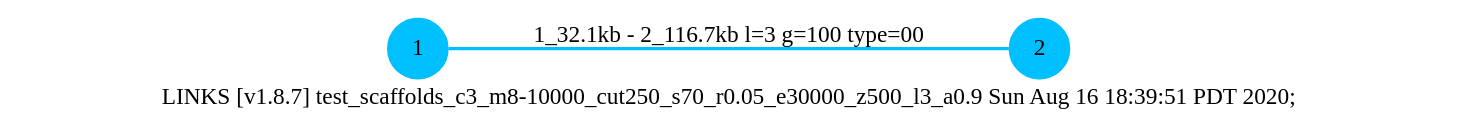
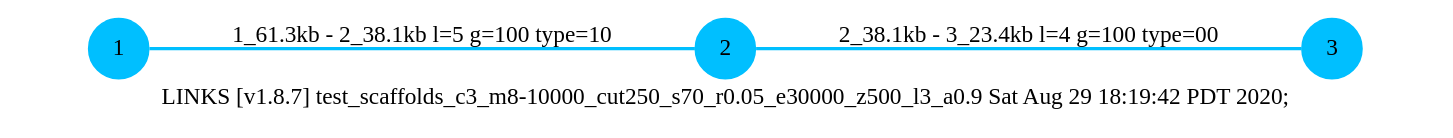
One commit to bcgsc/arcs changed the diagram in Examples/arcs-long_test-demo/output/test_scaffolds_c3_m8-10000_cut250_s70_r0.05_e30000_z500_l3_a0.9.gv. Above: the diagram before and after it, drawn with Graphviz. The commit also changed 17 other files, not shown here.

```diff
--- a/Examples/arcs-long_test-demo/output/test_scaffolds_c3_m8-10000_cut250_s70_r0.05_e30000_z500_l3_a0.9.gv
+++ b/Examples/arcs-long_test-demo/output/test_scaffolds_c3_m8-10000_cut250_s70_r0.05_e30000_z500_l3_a0.9.gv
@@ -1,8 +1,11 @@
 graph LINKS{
-	label="LINKS [v1.8.7] test_scaffolds_c3_m8-10000_cut250_s70_r0.05_e30000_z500_l3_a0.9 Sun Aug 16 18:39:51 PDT 2020;"
+	label="LINKS [v1.8.7] test_scaffolds_c3_m8-10000_cut250_s70_r0.05_e30000_z500_l3_a0.9 Sat Aug 29 18:19:42 PDT 2020;"
 	rankdir=LR;
 	node [shape = circle];
 	1 [style=filled, fillcolor=deepskyblue, color=deepskyblue]
 	2 [style=filled, fillcolor=deepskyblue, color=deepskyblue]
-	1 -- 2 [ label = "1_32.1kb - 2_116.7kb l=3 g=100 type=00", penwidth=2.0, color=deepskyblue ]
+	1 -- 2 [ label = "1_61.3kb - 2_38.1kb l=5 g=100 type=10", penwidth=2.0, color=deepskyblue ]
+	2 [style=filled, fillcolor=deepskyblue, color=deepskyblue]
+	3 [style=filled, fillcolor=deepskyblue, color=deepskyblue]
+	2 -- 3 [ label = "2_38.1kb - 3_23.4kb l=4 g=100 type=00", penwidth=2.0, color=deepskyblue ]
 }
```
